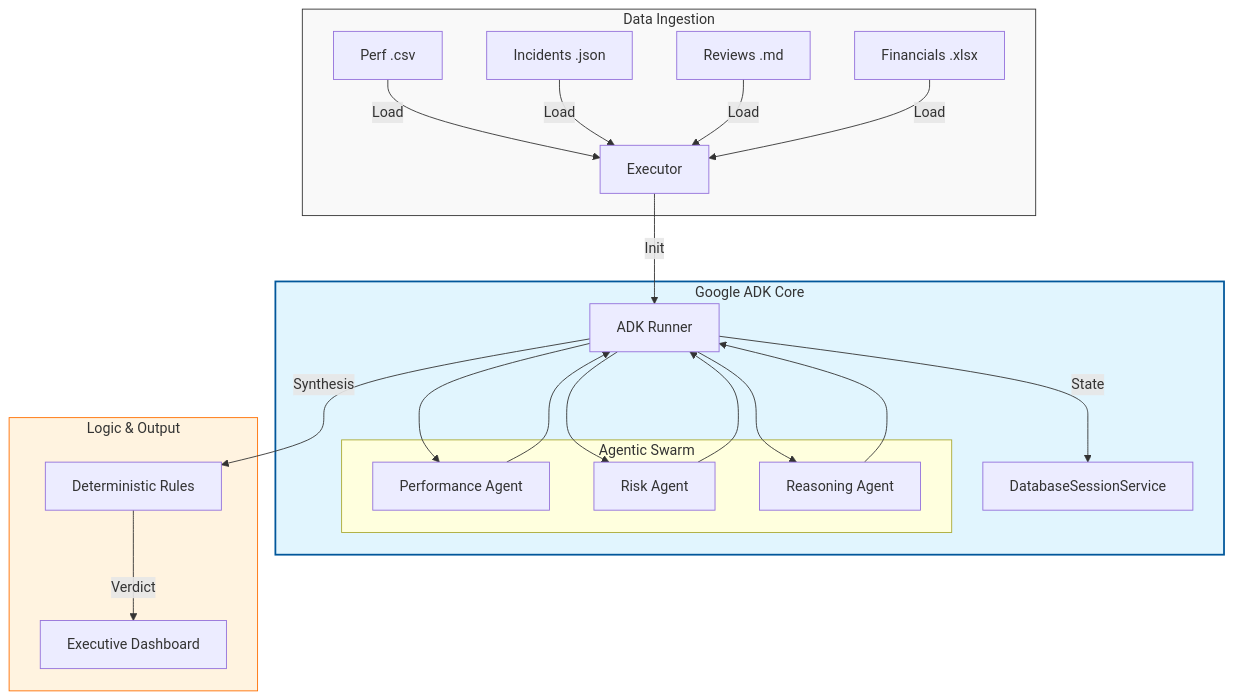
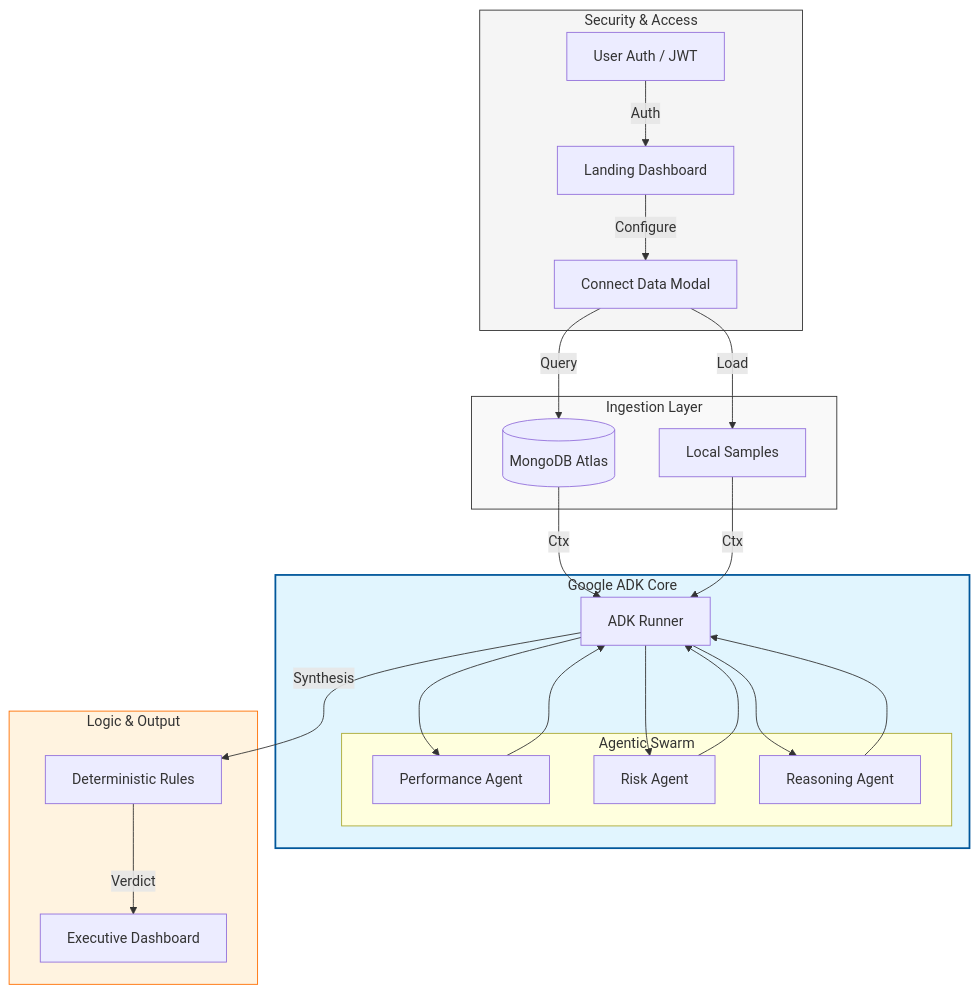
Before and after one commit to MohibUllahKhanSherwani/vendor_contract_evaluation_agentic_ai: the diagram in README.md, drawn with Mermaid. The commit also changed other lines of this file, not shown here.

Commit message:
docs: update README with architectural improvements, tech stack updates, and enhanced deployment documentation

````diff
--- a/README.md
+++ b/README.md
@@ -43,33 +29,37 @@
 ```mermaid
 graph TD
-    subgraph Data_Layer [Data Ingestion]
-        P_Data[Perf .csv] -->|Load| E[Executor]
-        I_Data[Incidents .json] -->|Load| E
-        R_Data[Reviews .md] -->|Load| E
-        F_Data[Financials .xlsx] -->|Load| E
+    subgraph Access_Layer [Security & Access]
+        UA[User Auth / JWT] -->|Auth| LD[Landing Dashboard]
+        LD -->|Configure| CD[Connect Data Modal]
+    end
+
+    subgraph Data_Layer [Ingestion Layer]
+        CD -->|Query| MDB[(MongoDB Atlas)]
+        CD -->|Load| LFS[Local Samples]
     end
 
     subgraph ADK_Core [Google ADK Core]
-        E -->|Init| R[ADK Runner]
-        R -->|State| S[DatabaseSessionService]
+        MDB -->|Ctx| R[ADK Runner]
+        LFS -->|Ctx| R
         
         subgraph Agent_Swarm [Agentic Swarm]
             A1[Performance Agent]
             A2[Risk Agent]
             A3[Reasoning Agent]
         end
         
         R --> A1 --> R
         R --> A2 --> R
         R --> A3 --> R
     end
 
     subgraph Decision_Engine [Logic & Output]
         R -->|Synthesis| D[Deterministic Rules]
         D -->|Verdict| UI[Executive Dashboard]
     end
 
+    style Access_Layer fill:#f5f5f5,stroke:#333
     style Data_Layer fill:#f9f9f9,stroke:#333
     style ADK_Core fill:#e1f5fe,stroke:#01579b,stroke-width:2px
     style Decision_Engine fill:#fff3e0,stroke:#ff6f00
 ```
````
